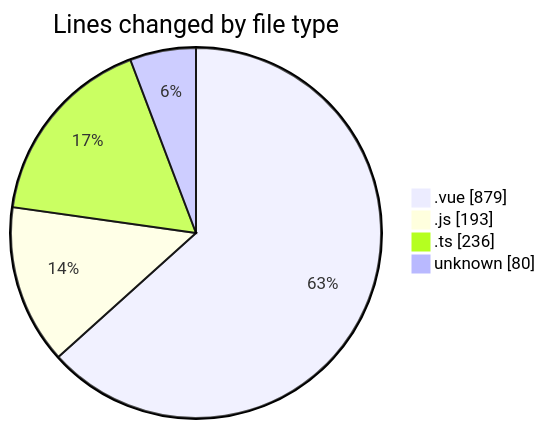
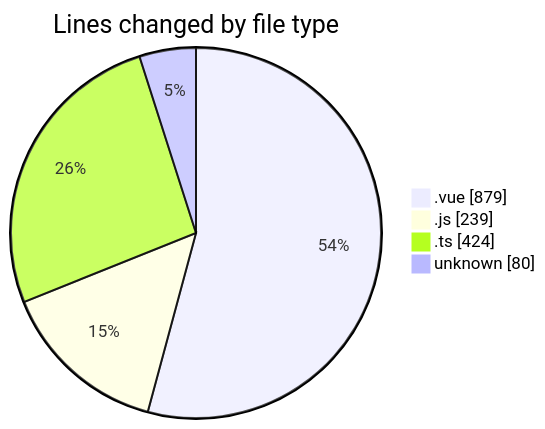
One commit to lephambinh05/code-tracking changed the first of 2 diagrams in 2025-08-11/rentotp/README.md. Above: the diagram before and after it, drawn with Mermaid. The commit also changed other lines of this file and 1 other file, not shown here.

````diff
--- a/2025-08-11/rentotp/README.md
+++ b/2025-08-11/rentotp/README.md
@@ -29,8 +31,8 @@
 ```mermaid
 pie showData
 title Lines changed by file type
 ".vue" : 879
-".js" : 193
-".ts" : 236
+".js" : 239
+".ts" : 424
 "unknown" : 80
 ```
````
